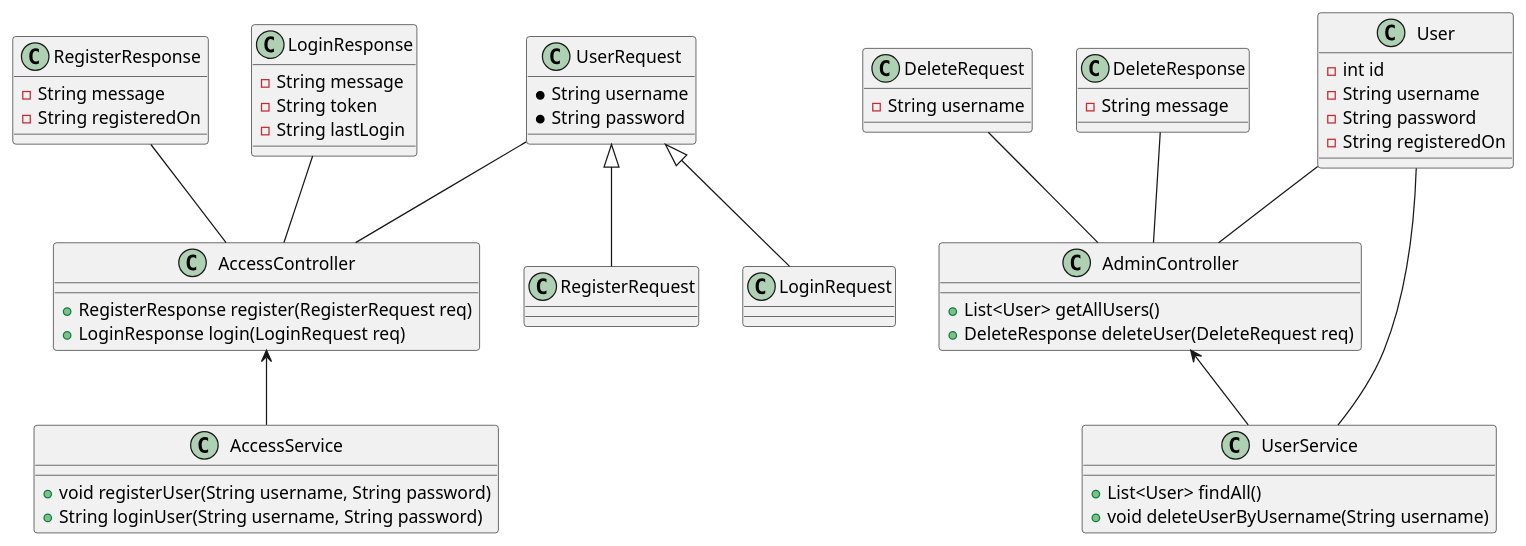
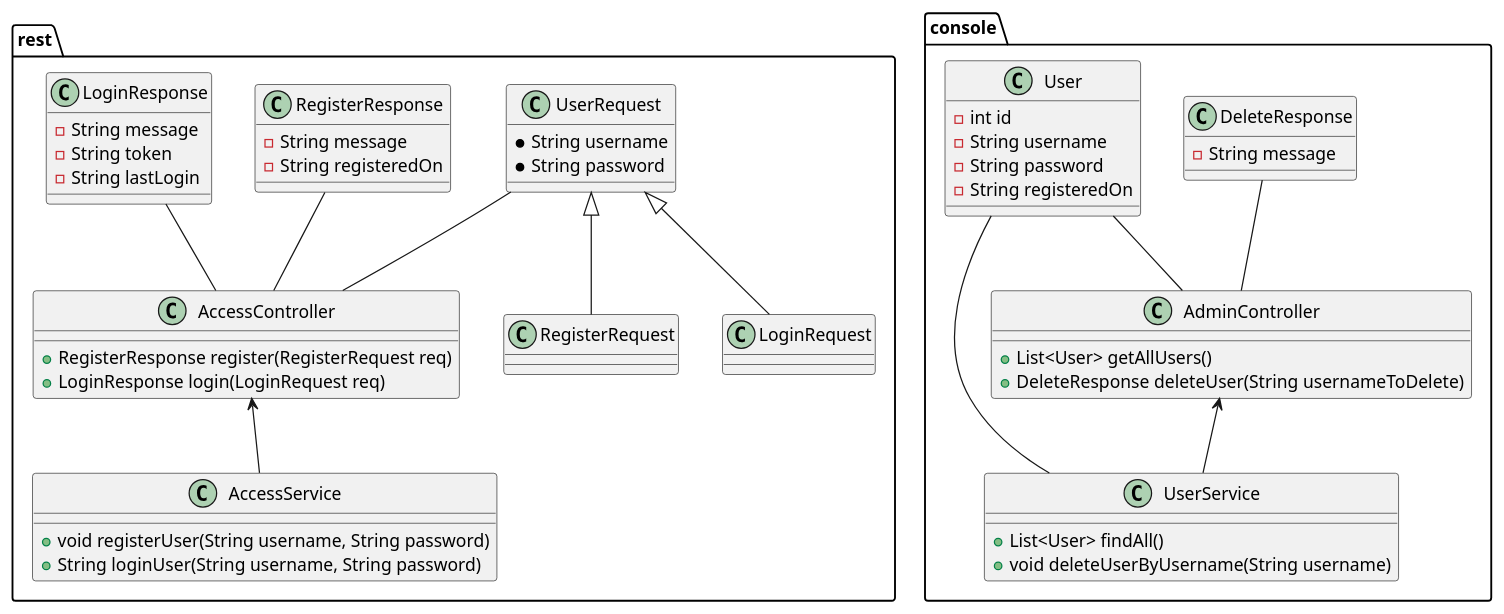
Before and after one commit to gcoppola8/RegisterSystem: the diagram in register-system-design/class_diagram.plantuml, drawn with PlantUML.

Commit message:
Update design

```diff
--- a/register-system-design/class_diagram.plantuml
+++ b/register-system-design/class_diagram.plantuml
@@ -1,74 +1,72 @@
 @startuml
 
-class AccessController {
-    + RegisterResponse register(RegisterRequest req)
-    + LoginResponse login(LoginRequest req)
+package rest {
+    class AccessController {
+        + RegisterResponse register(RegisterRequest req)
+        + LoginResponse login(LoginRequest req)
+    }
+
+    class UserRequest {
+        * String username
+        * String password
+    }
+
+    class RegisterRequest extends UserRequest {
+
+    }
+
+    class LoginRequest extends UserRequest {
+
+    }
+
+    class RegisterResponse {
+        - String message
+        - String registeredOn
+    }
+
+    class LoginResponse {
+        - String message
+        - String token
+        - String lastLogin
+    }
+
+    class AccessService {
+        + void registerUser(String username, String password)
+        + String loginUser(String username, String password)
+    }
 }
 
-class AdminController {
-    + List<User> getAllUsers()
-    + DeleteResponse deleteUser(DeleteRequest req)
+package console {
+    class AdminController {
+        + List<User> getAllUsers()
+        + DeleteResponse deleteUser(String usernameToDelete)
+    }
+
+    class UserService {
+        + List<User> findAll()
+        + void deleteUserByUsername(String username)
+    }
+
+    class DeleteResponse {
+        - String message
+    }
+
+    class User {
+        - int id
+        - String username
+        - String password
+        - String registeredOn
+    }
 }
-
-class UserRequest {
-    * String username
-    * String password
-}
-
-class RegisterRequest extends UserRequest {
-
-}
-
-class LoginRequest extends UserRequest {
-
-}
-
-class RegisterResponse {
-    - String message
-    - String registeredOn
-}
-
-class LoginResponse {
-    - String message
-    - String token 
-    - String lastLogin 
-}
-
-class DeleteRequest {
-    - String username
-}
-
-class DeleteResponse {
-    - String message
-}
-
-class AccessService {
-    + void registerUser(String username, String password)
-    + String loginUser(String username, String password)
-}
-
-class UserService {
-    + List<User> findAll()
-    + void deleteUserByUsername(String username)
-}
-
-class User {
-    - int id
-    - String username
-    - String password
-    - String registeredOn
-}
-
 
 User -- AdminController
 User -- UserService
 AdminController <-- UserService
 AccessController <-- AccessService
-DeleteRequest -- AdminController
 DeleteResponse -- AdminController
 
 RegisterResponse -- AccessController
 LoginResponse -- AccessController
 UserRequest -- AccessController
 
 @enduml
```
